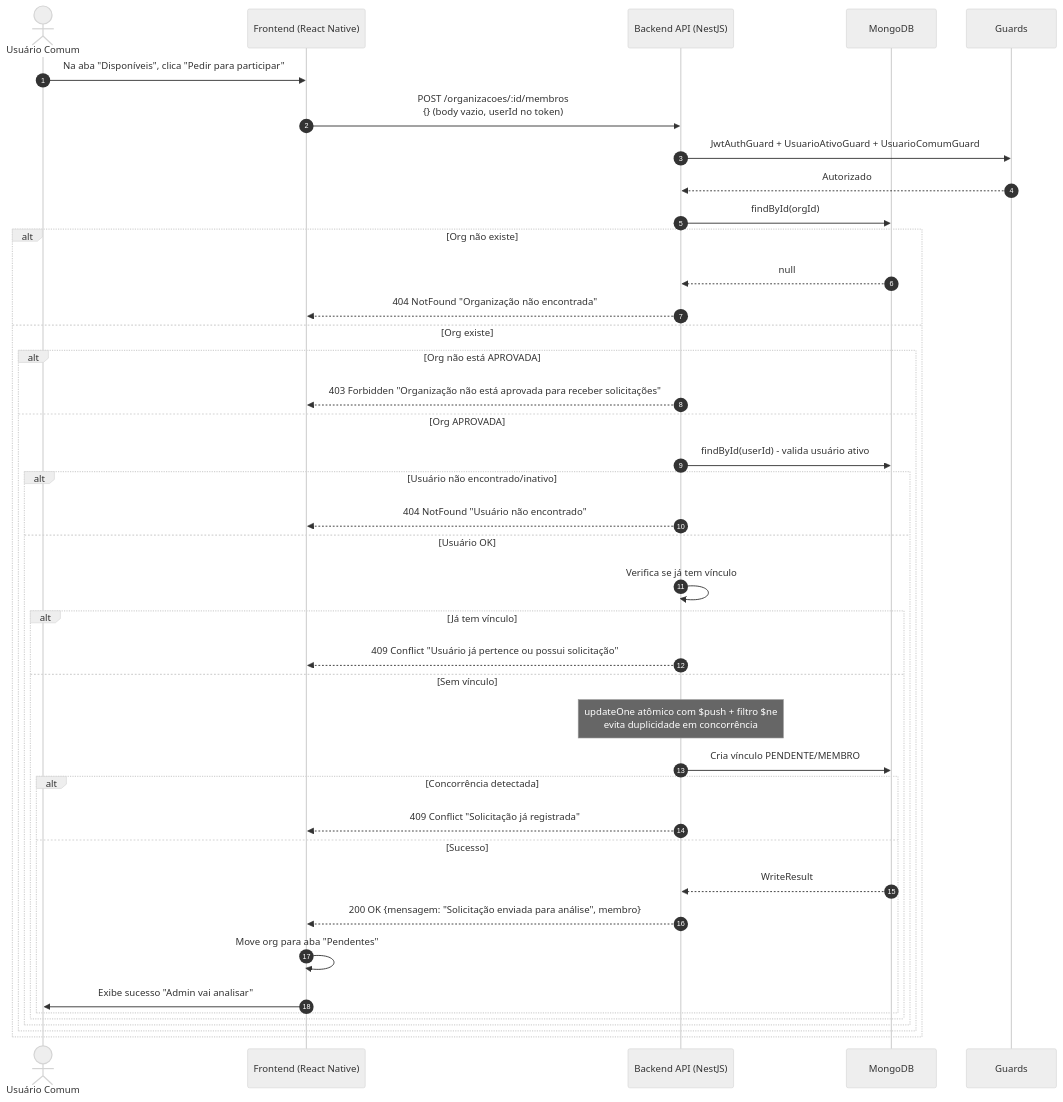
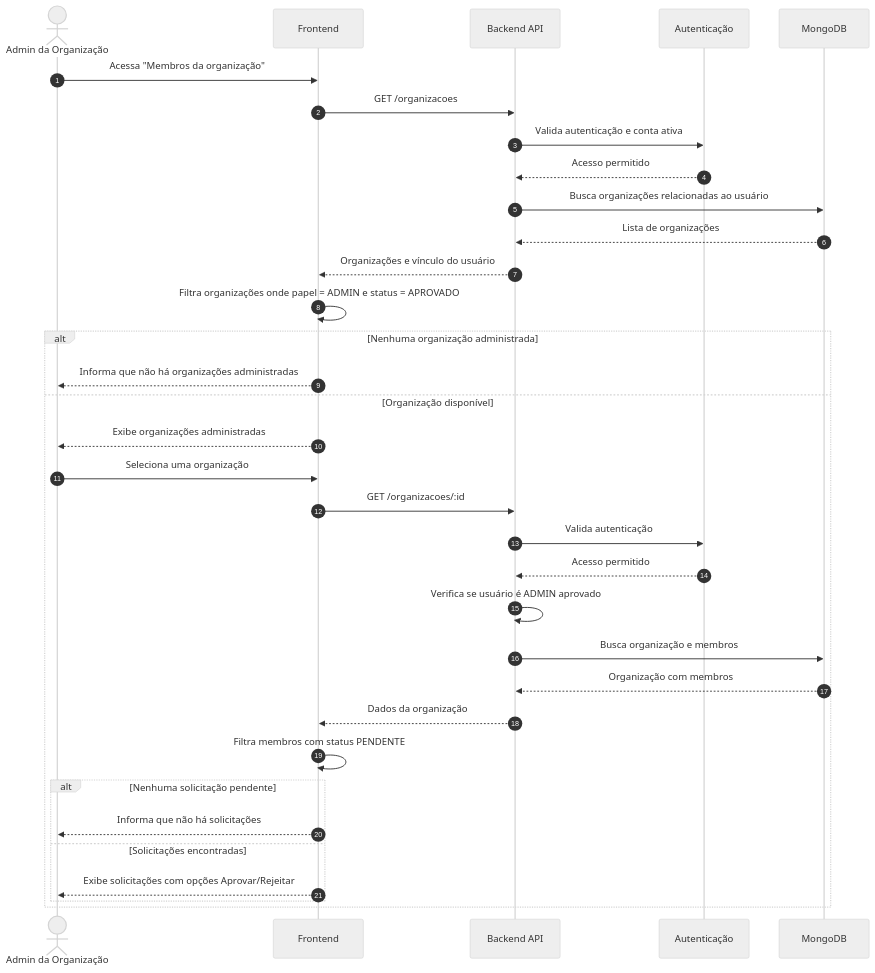
The fifth of 9 diagrams in docs/cadastro-usuario/6 - diagramas-sequencia-cadastro-usuario.md (MrLucasMoreira/PDSI-Conecta-), drawn with Mermaid (neutral theme) before and after one commit. The commit also changed other lines of this file and 7 other files, not shown here.

````diff
--- a/docs/cadastro-usuario/6 - diagramas-sequencia-cadastro-usuario.md
+++ b/docs/cadastro-usuario/6 - diagramas-sequencia-cadastro-usuario.md
@@ -252,45 +212,46 @@
 ```mermaid
 sequenceDiagram
     autonumber
-    actor Usuario as Usuário Comum
-    participant Frontend as Frontend (React Native)
-    participant API as Backend API (NestJS)
+
+    actor AdminOrg as Admin da Organização
+    participant Frontend as Frontend
+    participant API as Backend API
+    participant Guards as Autenticação
     participant DB as MongoDB
-    participant Guards as Guards
 
-    Usuario->>Frontend: Na aba "Disponíveis", clica "Pedir para participar"
-    Frontend->>API: POST /organizacoes/:id/membros<br/>{} (body vazio, userId no token)
-    API->>Guards: JwtAuthGuard + UsuarioAtivoGuard + UsuarioComumGuard
-    Guards-->>API: Autorizado
-    API->>DB: findById(orgId)
-    
-    alt Org não existe
-        DB-->>API: null
-        API-->>Frontend: 404 NotFound "Organização não encontrada"
-    else Org existe
-        alt Org não está APROVADA
-            API-->>Frontend: 403 Forbidden "Organização não está aprovada para receber solicitações"
-        else Org APROVADA
-            API->>DB: findById(userId) - valida usuário ativo
-            alt Usuário não encontrado/inativo
-                API-->>Frontend: 404 NotFound "Usuário não encontrado"
-            else Usuário OK
-                API->>API: Verifica se já tem vínculo
-                alt Já tem vínculo
-                    API-->>Frontend: 409 Conflict "Usuário já pertence ou possui solicitação"
-                else Sem vínculo
-                    Note over API: updateOne atômico com $push + filtro $ne<br/>evita duplicidade em concorrência
-                    API->>DB: Cria vínculo PENDENTE/MEMBRO
-                    alt Concorrência detectada
-                        API-->>Frontend: 409 Conflict "Solicitação já registrada"
-                    else Sucesso
-                        DB-->>API: WriteResult
-                        API-->>Frontend: 200 OK {mensagem: "Solicitação enviada para análise", membro}
-                        Frontend->>Frontend: Move org para aba "Pendentes"
-                        Frontend->>Usuario: Exibe sucesso "Admin vai analisar"
-                    end
-                end
-            end
+    AdminOrg->>Frontend: Acessa "Membros da organização"
+
+    Frontend->>API: GET /organizacoes
+    API->>Guards: Valida autenticação e conta ativa
+    Guards-->>API: Acesso permitido
+
+    API->>DB: Busca organizações relacionadas ao usuário
+    DB-->>API: Lista de organizações
+
+    API-->>Frontend: Organizações e vínculo do usuário
+    Frontend->>Frontend: Filtra organizações onde papel = ADMIN e status = APROVADO
+
+    alt Nenhuma organização administrada
+        Frontend-->>AdminOrg: Informa que não há organizações administradas
+    else Organização disponível
+        Frontend-->>AdminOrg: Exibe organizações administradas
+        AdminOrg->>Frontend: Seleciona uma organização
+
+        Frontend->>API: GET /organizacoes/:id
+        API->>Guards: Valida autenticação
+        Guards-->>API: Acesso permitido
+
+        API->>API: Verifica se usuário é ADMIN aprovado
+        API->>DB: Busca organização e membros
+        DB-->>API: Organização com membros
+        API-->>Frontend: Dados da organização
+
+        Frontend->>Frontend: Filtra membros com status PENDENTE
+
+        alt Nenhuma solicitação pendente
+            Frontend-->>AdminOrg: Informa que não há solicitações
+        else Solicitações encontradas
+            Frontend-->>AdminOrg: Exibe solicitações com opções Aprovar/Rejeitar
         end
     end
 ```
````
